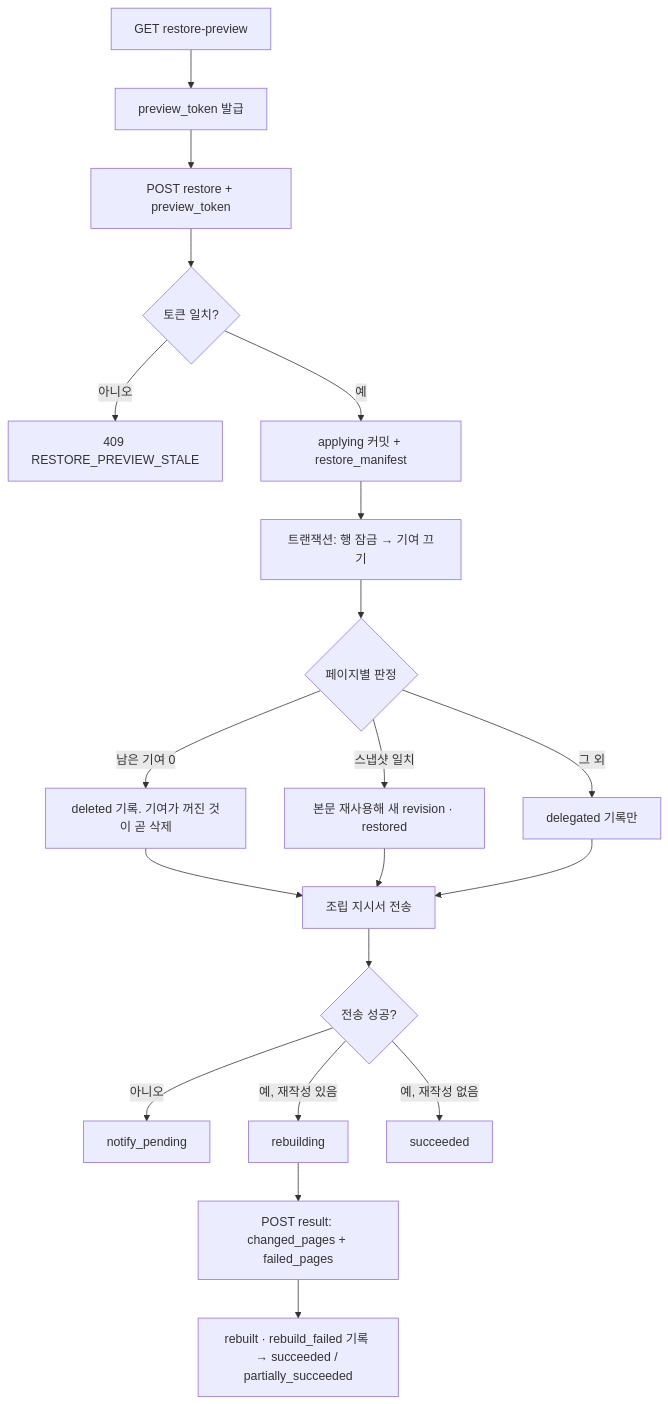
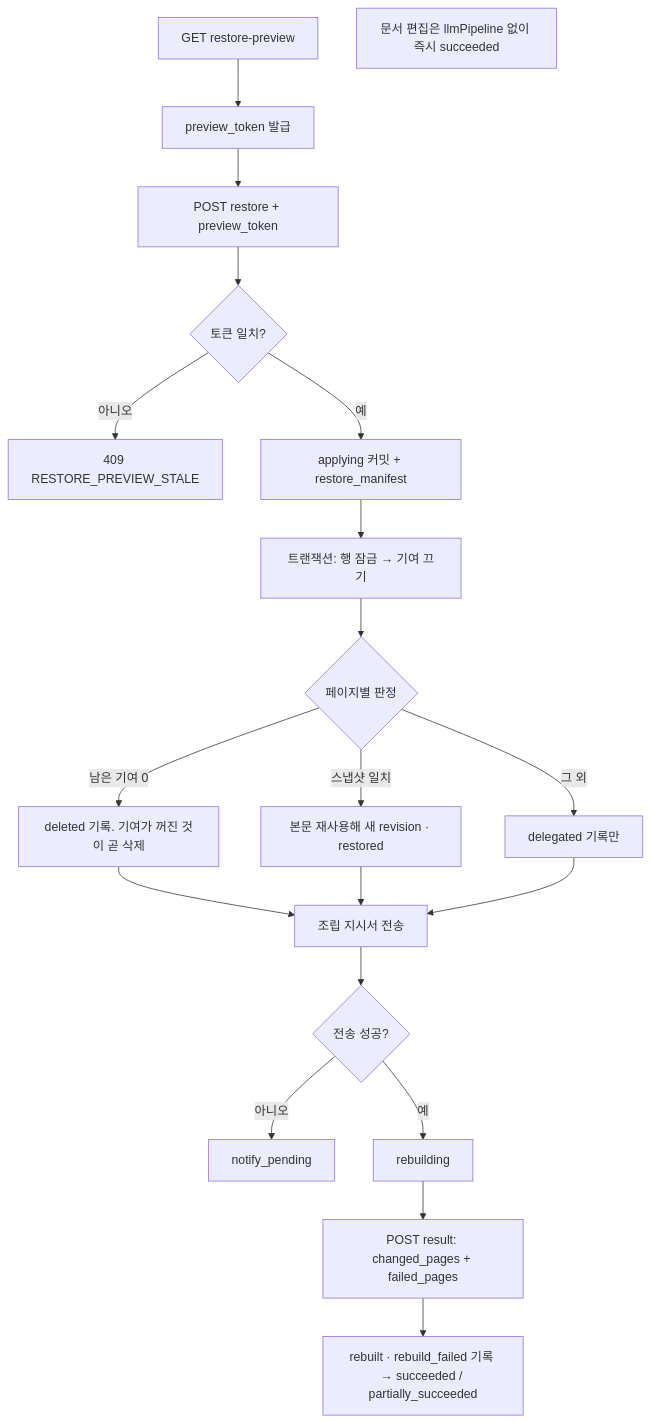
The second of 2 diagrams in docs/spec/api/ai-operation-log.md (FruitionKR/local-pilot), drawn with Mermaid before and after one commit. The commit also changed other lines of this file and 9 other files, not shown here.

First line of the commit message:
fix: 재작성 대상이 없어도 llmPipeline 결과를 기다리도록 수정

````diff
--- a/docs/spec/api/ai-operation-log.md
+++ b/docs/spec/api/ai-operation-log.md
@@ -511,22 +514,22 @@
 ```mermaid
 flowchart TD
     A[GET restore-preview] --> B[preview_token 발급]
     B --> C[POST restore + preview_token]
     C --> D{토큰 일치?}
     D -- 아니오 --> E[409 RESTORE_PREVIEW_STALE]
     D -- 예 --> F[applying 커밋 + restore_manifest]
     F --> G[트랜잭션: 행 잠금 → 기여 끄기]
     G --> H{페이지별 판정}
     H -- 남은 기여 0 --> I[deleted 기록. 기여가 꺼진 것이 곧 삭제]
     H -- 스냅샷 일치 --> J[본문 재사용해 새 revision · restored]
     H -- 그 외 --> K[delegated 기록만]
     I --> L[조립 지시서 전송]
     J --> L
     K --> L
     L --> M{전송 성공?}
     M -- 아니오 --> N[notify_pending]
-    M -- 예, 재작성 있음 --> O[rebuilding]
-    M -- 예, 재작성 없음 --> P[succeeded]
+    M -- 예 --> O[rebuilding]
     O --> Q[POST result: changed_pages + failed_pages]
+    P[문서 편집은 llmPipeline 없이 즉시 succeeded]
     Q --> R[rebuilt · rebuild_failed 기록 → succeeded / partially_succeeded]
 ```
````
